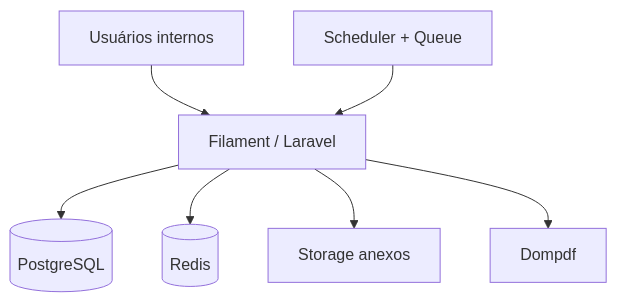
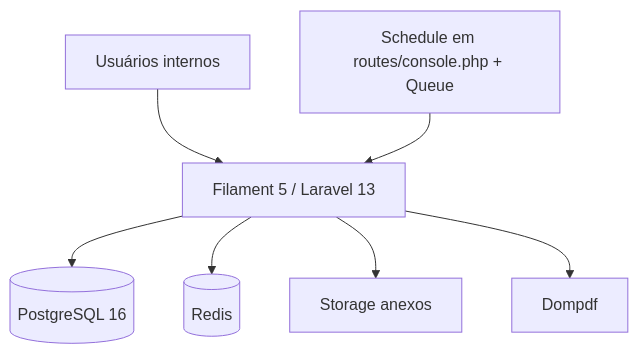
Before and after one commit to carlossong/cursor-erp: the first of 5 diagrams in docs/spec.md, drawn with Mermaid. The commit also changed other lines of this file and 2 other files, not shown here.

First line of the commit message:
Align planning docs with Laravel 13 official documentation.

````diff
--- a/docs/spec.md
+++ b/docs/spec.md
@@ -36,9 +44,9 @@
 ```mermaid
 flowchart TB
-  U[Usuários internos] --> F[Filament / Laravel]
-  F --> DB[(PostgreSQL)]
+  U[Usuários internos] --> F[Filament 5 / Laravel 13]
+  F --> DB[(PostgreSQL 16)]
   F --> R[(Redis)]
   F --> S[Storage anexos]
   F --> PDF[Dompdf]
-  J[Scheduler + Queue] --> F
+  J[Schedule em routes/console.php + Queue] --> F
 ```
````
